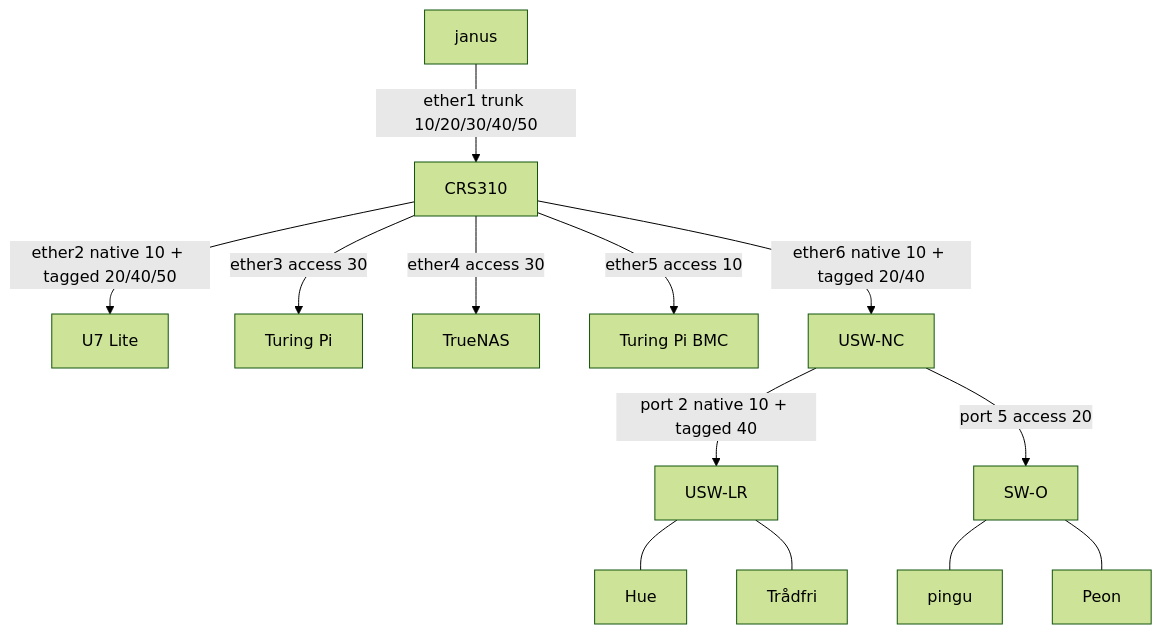
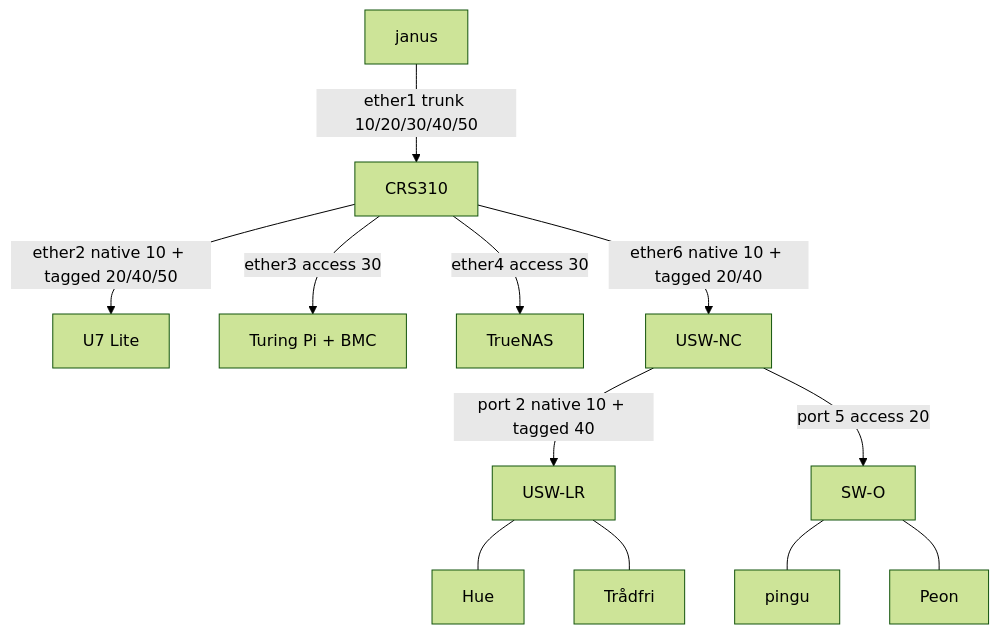
The second of 4 diagrams in docs/architecture.md (sknutsen/network), drawn with Mermaid (forest theme) before and after one commit. The commit also changed other lines of this file and 8 other files, not shown here.

````diff
--- a/docs/architecture.md
+++ b/docs/architecture.md
@@ -63,15 +63,14 @@
 ```mermaid
 flowchart TB
   janus[janus] -->|ether1 trunk 10/20/30/40/50| crs[CRS310]
   crs -->|ether2 native 10 + tagged 20/40/50| ap[U7 Lite]
-  crs -->|ether3 access 30| tpi[Turing Pi]
+  crs -->|ether3 access 30| tpi[Turing Pi + BMC]
   crs -->|ether4 access 30| nas[TrueNAS]
-  crs -->|ether5 access 10| bmc[Turing Pi BMC]
   crs -->|ether6 native 10 + tagged 20/40| nc[USW-NC]
   nc -->|port 2 native 10 + tagged 40| lr[USW-LR]
   nc -->|port 5 access 20| swo[SW-O]
   lr --- hue[Hue]
   lr --- tradfri[Trådfri]
   swo --- pingu[pingu]
   swo --- peon[Peon]
 ```
````
